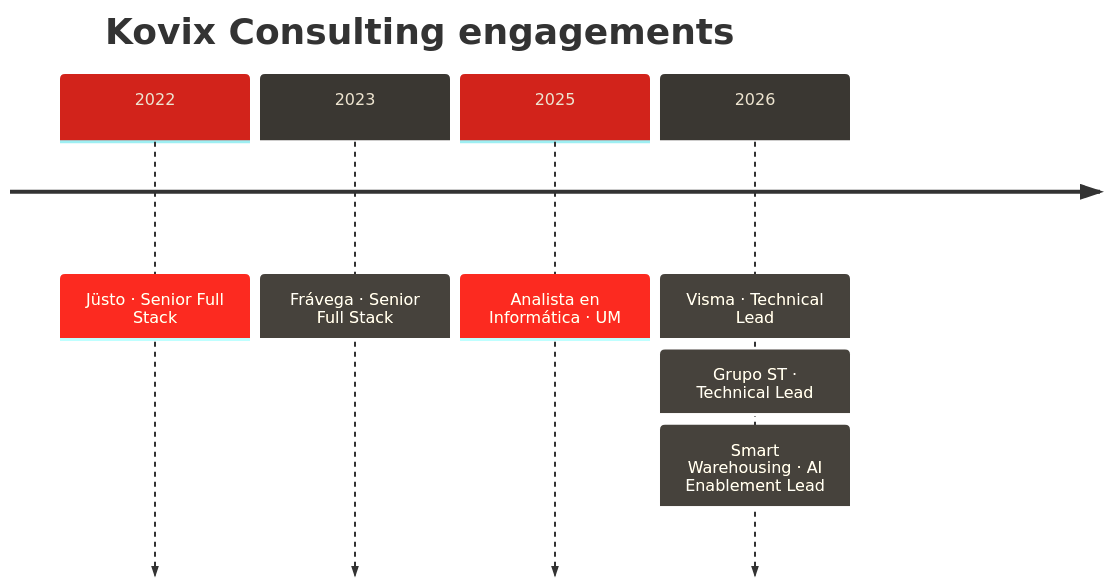
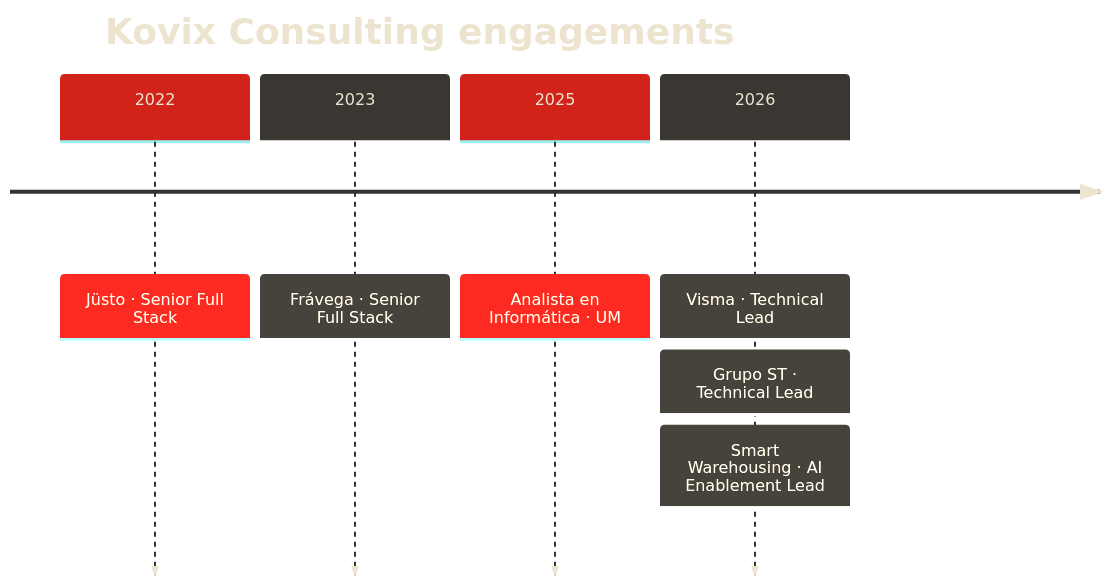
One commit to NahuelMosse/NahuelMosse changed the second of 2 diagrams in README.md. Above: the diagram before and after it, drawn with Mermaid. The commit also changed other lines of this file and 8 other files, not shown here.

````diff
--- a/README.md
+++ b/README.md
@@ -223,11 +232,11 @@
 ```mermaid
-%%{init: {"theme":"base","themeVariables":{"cScale0":"#d2231b","cScaleLabel0":"#ede4d0","cScale1":"#3a3732","cScaleLabel1":"#ede4d0","cScale2":"#d2231b","cScaleLabel2":"#ede4d0","cScale3":"#3a3732","cScaleLabel3":"#ede4d0","cScale4":"#d2231b","cScaleLabel4":"#ede4d0"}}}%%
+%%{init: {"theme":"base","themeVariables":{"cScale0":"#d2231b","cScaleLabel0":"#ede4d0","cScale1":"#3a3732","cScaleLabel1":"#ede4d0","cScale2":"#d2231b","cScaleLabel2":"#ede4d0","cScale3":"#3a3732","cScaleLabel3":"#ede4d0","cScale4":"#d2231b","cScaleLabel4":"#ede4d0","titleColor":"#ede4d0","textColor":"#ede4d0"}}}%%
 timeline
     title Kovix Consulting engagements
     2022 : Jüsto · Senior Full Stack
     2023 : Frávega · Senior Full Stack
     2025 : Analista en Informática · UM
     2026 : Visma · Technical Lead
          : Grupo ST · Technical Lead
          : Smart Warehousing · AI Enablement Lead
 ```
````
